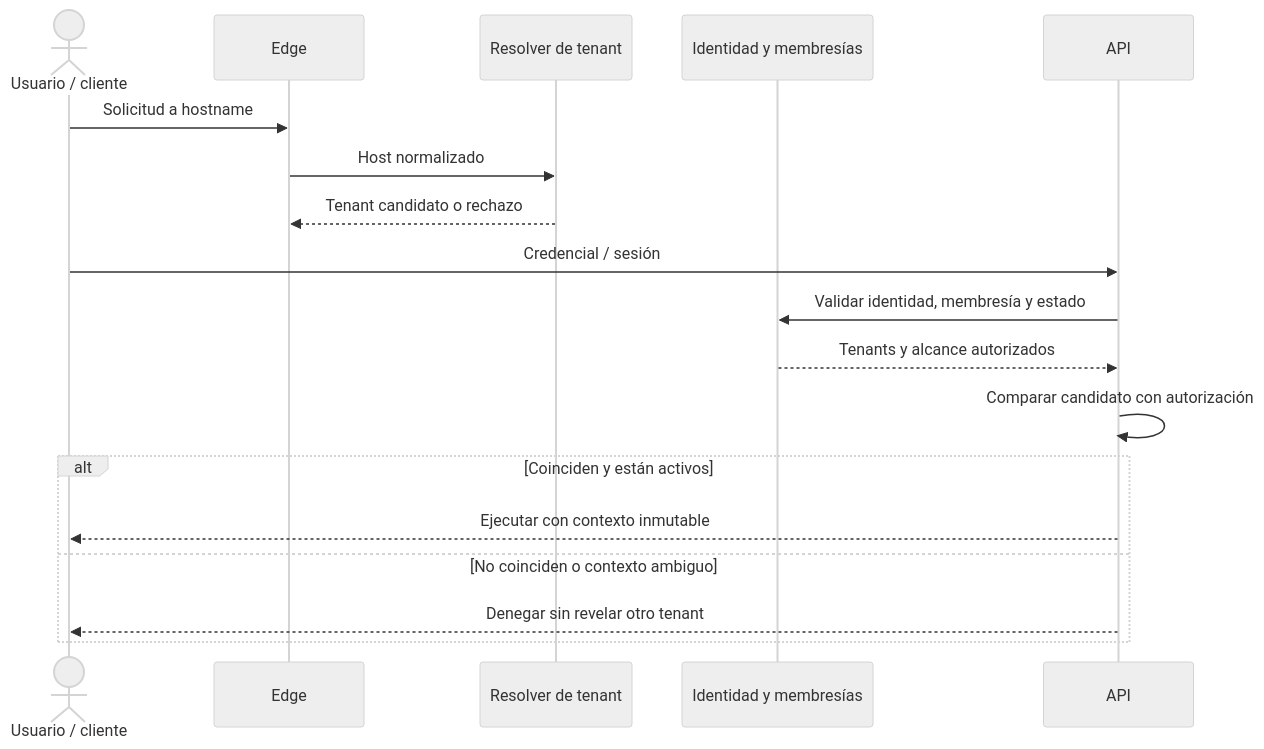
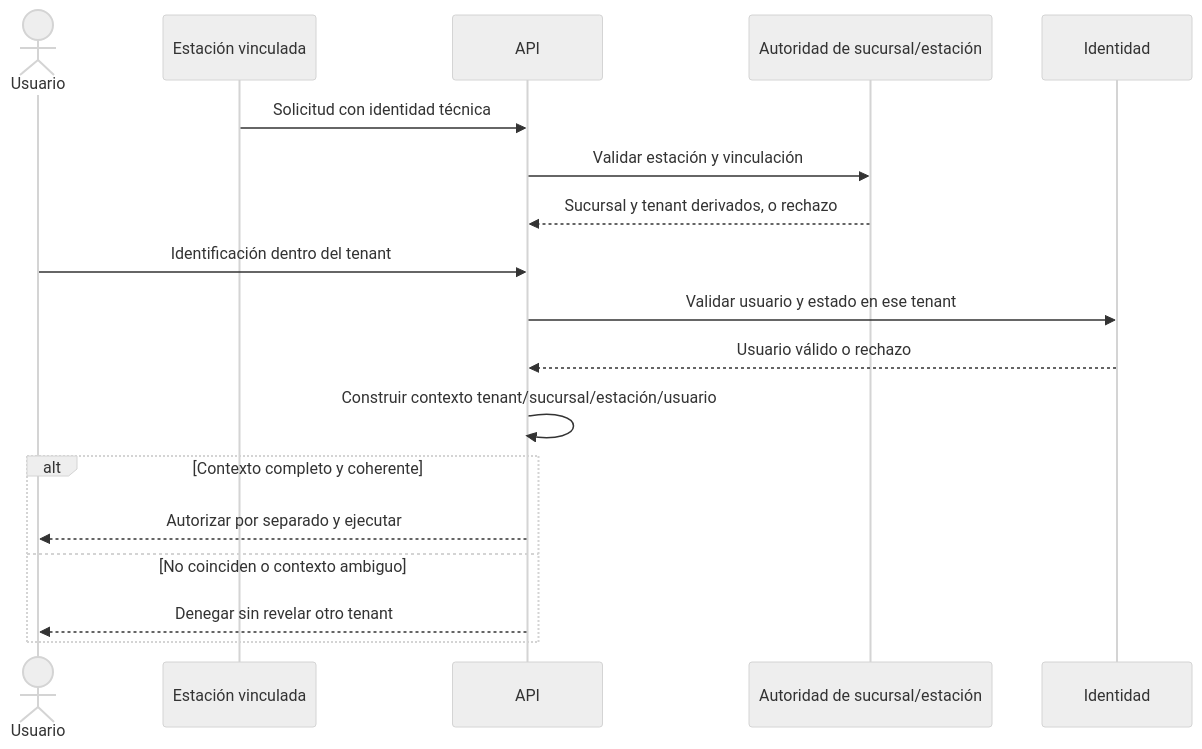
Before and after one commit to luisgtzaviles/SrTaller-2.0: the diagram in docs/architecture/MULTITENANCY_MODEL.md, drawn with Mermaid (neutral theme). The commit also changed other lines of this file and 67 other files, not shown here.

````diff
--- a/docs/architecture/MULTITENANCY_MODEL.md
+++ b/docs/architecture/MULTITENANCY_MODEL.md
@@ -24,21 +24,21 @@
 ```mermaid
 sequenceDiagram
-    actor U as Usuario / cliente
-    participant E as Edge
-    participant R as Resolver de tenant
-    participant I as Identidad y membresías
+    actor U as Usuario
+    participant S as Estación vinculada
     participant A as API
+    participant B as Autoridad de sucursal/estación
+    participant I as Identidad
 
-    U->>E: Solicitud a hostname
-    E->>R: Host normalizado
-    R-->>E: Tenant candidato o rechazo
-    U->>A: Credencial / sesión
-    A->>I: Validar identidad, membresía y estado
-    I-->>A: Tenants y alcance autorizados
-    A->>A: Comparar candidato con autorización
-    alt Coinciden y están activos
-        A-->>U: Ejecutar con contexto inmutable
+    S->>A: Solicitud con identidad técnica
+    A->>B: Validar estación y vinculación
+    B-->>A: Sucursal y tenant derivados, o rechazo
+    U->>A: Identificación dentro del tenant
+    A->>I: Validar usuario y estado en ese tenant
+    I-->>A: Usuario válido o rechazo
+    A->>A: Construir contexto tenant/sucursal/estación/usuario
+    alt Contexto completo y coherente
+        A-->>U: Autorizar por separado y ejecutar
     else No coinciden o contexto ambiguo
         A-->>U: Denegar sin revelar otro tenant
     end
 ```
````
